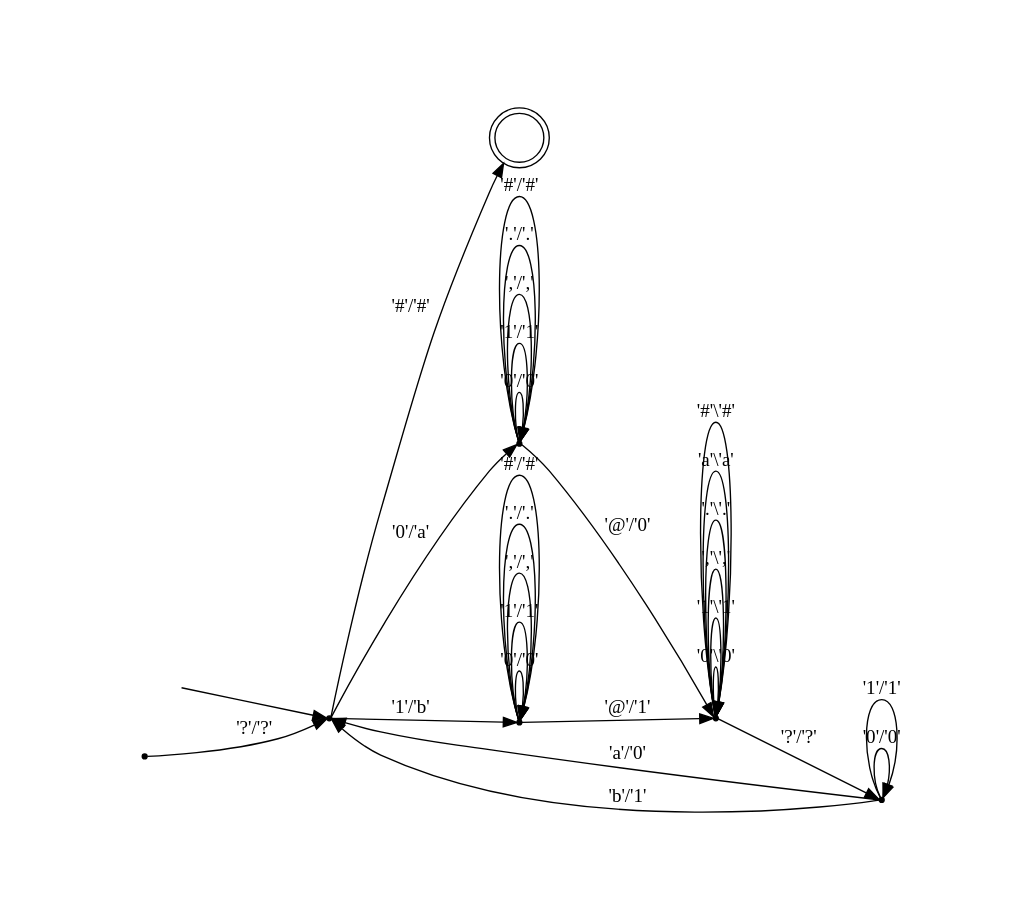
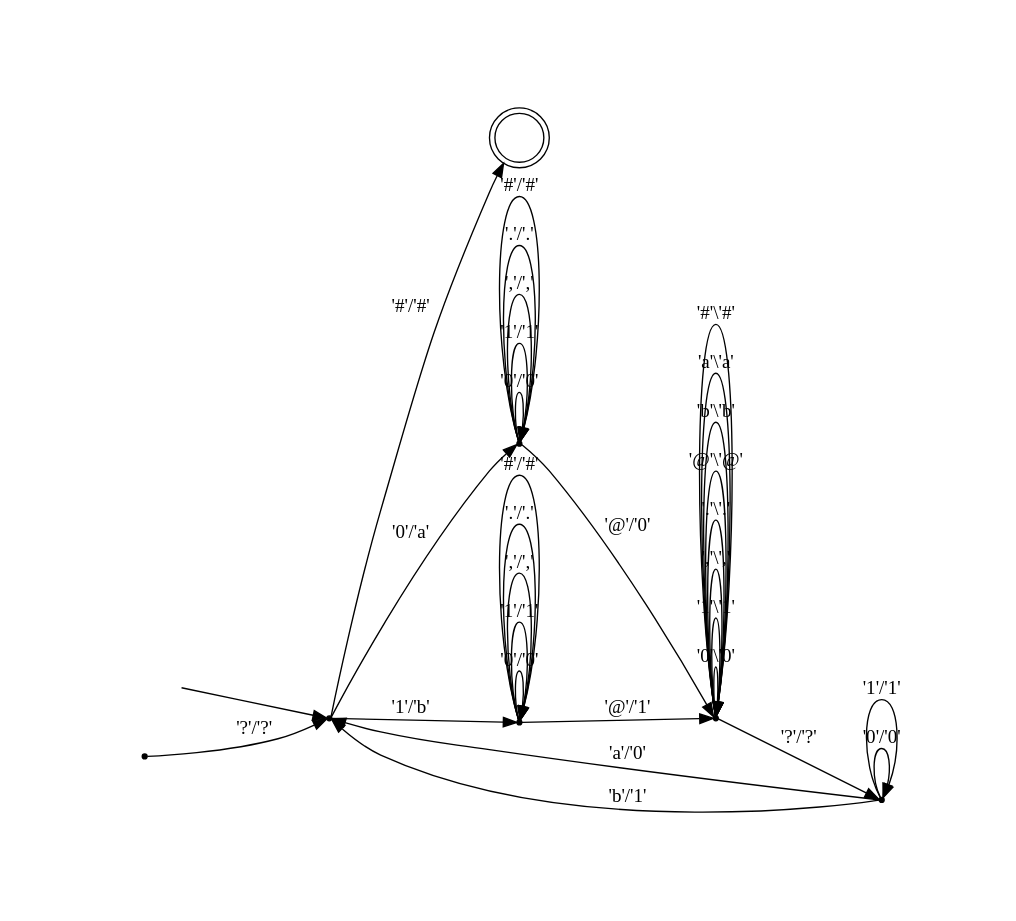
Before and after one commit to laura-weiler/EL_UTM: the diagram in lweilr/utm.gv, drawn with Graphviz. The commit also changed 1 other file, not shown here.

```diff
--- a/lweilr/utm.gv
+++ b/lweilr/utm.gv
@@ -1,36 +1,38 @@
 digraph pda {
 graph [pad="1", nodesep=".5", ranksep="1"];
 rankdir = LR;
 hidden [shape = plaintext, label = ""];
 node [shape = doublecircle];
 25 [label = ""];
 node [shape = point];
 hidden -> 1;
 0 -> 1 [label = "'?'/'?'"];
 1 -> 2 [label = "'0'/'a'"];
 1 -> 3 [label = "'1'/'b'"];
 1 -> 25 [label = "'#'/'#'"];
 2 -> 2 [label = "'0'/'0'"];
 2 -> 2 [label = "'1'/'1'"];
 2 -> 2 [label = "','/','"];
 2 -> 2 [label = "'.'/'.'"];
 2 -> 2 [label = "'#'/'#'"];
 3 -> 3 [label = "'0'/'0'"];
 3 -> 3 [label = "'1'/'1'"];
 3 -> 3 [label = "','/','"];
 3 -> 3 [label = "'.'/'.'"];
 3 -> 3 [label = "'#'/'#'"];
 2 -> 4 [label = "'@'/'0'"];
 3 -> 4 [label = "'@'/'1'"];
 4 -> 4 [label = "'0'\\'0'"];
 4 -> 4 [label = "'1'\\'1'"];
 4 -> 4 [label = "','\\','"];
 4 -> 4 [label = "'.'\\'.'"];
+4 -> 4 [label = "'@'\\'@'"];
+4 -> 4 [label = "'b'\\'b'"];
 4 -> 4 [label = "'a'\\'a'"];
 4 -> 4 [label = "'#'\\'#'"];
 4 -> 5 [label = "'?'/'?'"];
 5 -> 5 [label = "'0'/'0'"];
 5 -> 5 [label = "'1'/'1'"];
 5 -> 1 [label = "'a'/'0'"];
 5 -> 1 [label = "'b'/'1'"];
 }
```
